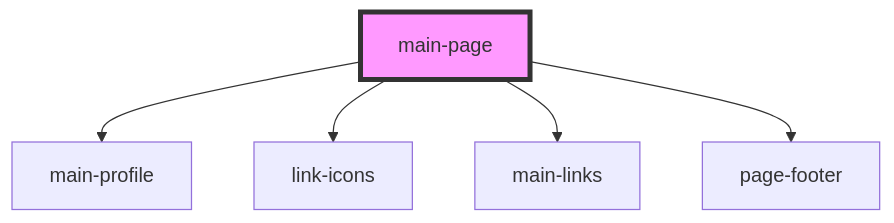
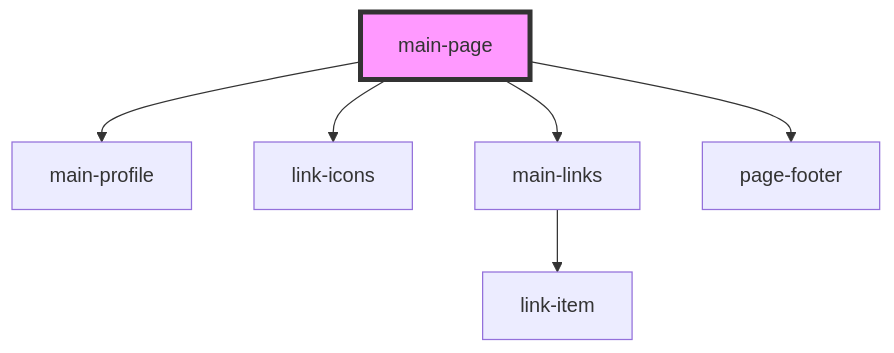
Before and after one commit to clark-john/all-in-one-link: the diagram in src/main-page/readme.md, drawn with Mermaid. The commit also changed 23 other files, not shown here.

````diff
--- a/src/main-page/readme.md
+++ b/src/main-page/readme.md
@@ -18,8 +18,9 @@
 ```mermaid
 graph TD;
   main-page --> main-profile
   main-page --> link-icons
   main-page --> main-links
   main-page --> page-footer
+  main-links --> link-item
   style main-page fill:#f9f,stroke:#333,stroke-width:4px
 ```
````
